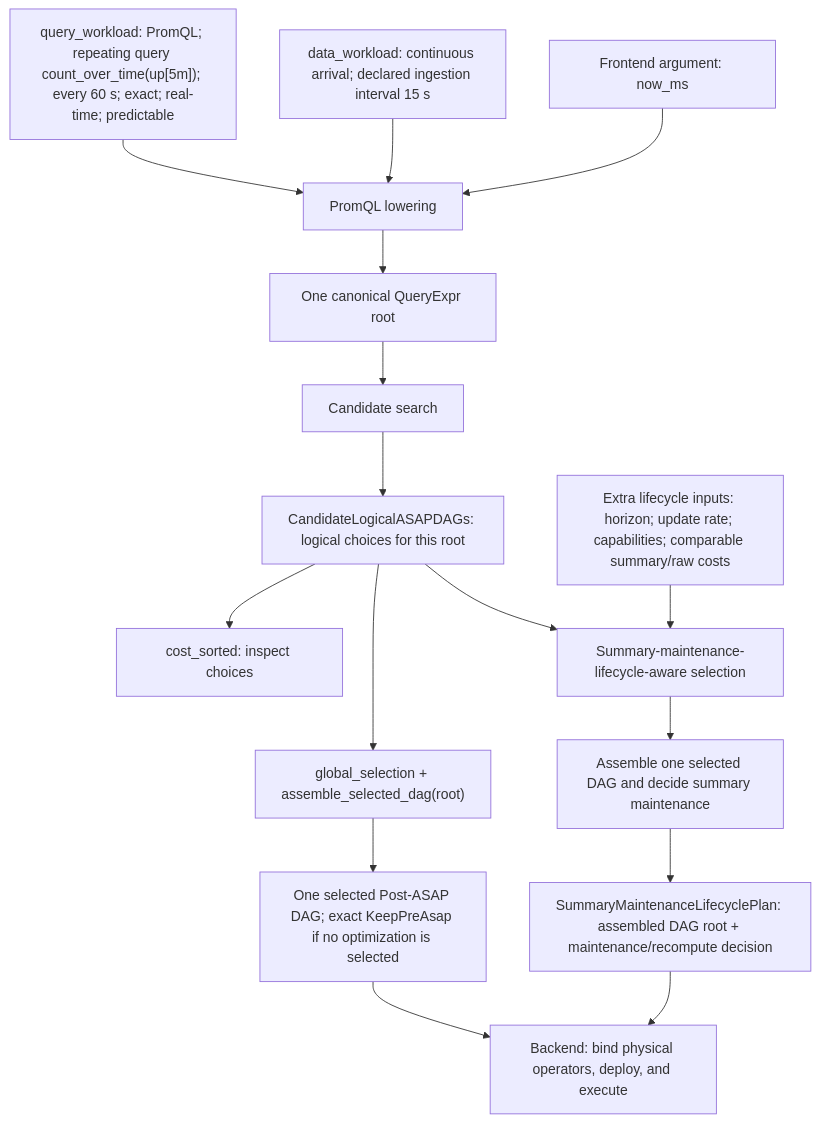
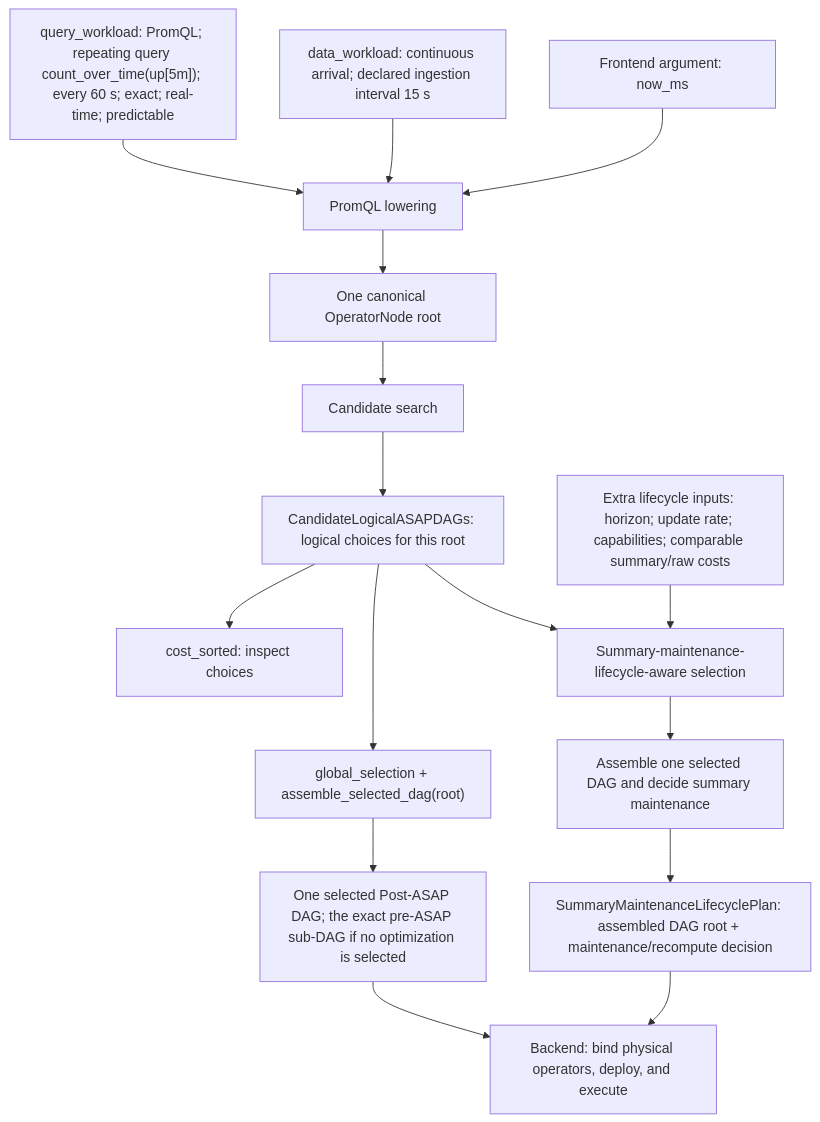
Before and after one commit to ProjectASAP/ASAPPlanner: the first of 2 diagrams in docs/design_docs/architecture/input-output-workflow.md, drawn with Mermaid. The commit also changed other lines of this file and 72 other files, not shown here.

````diff
--- a/docs/design_docs/architecture/input-output-workflow.md
+++ b/docs/design_docs/architecture/input-output-workflow.md
@@ -63,26 +63,26 @@
 ```mermaid
 flowchart TD
     Q["query_workload: PromQL; repeating query count_over_time(up[5m]); every 60 s; exact; real-time; predictable"]
     D["data_workload: continuous arrival; declared ingestion interval 15 s"]
     T["Frontend argument: now_ms"]
     F["PromQL lowering"]
-    R["One canonical QueryExpr root"]
+    R["One canonical OperatorNode root"]
     S["Candidate search"]
     P["CandidateLogicalASAPDAGs: logical choices for this root"]
     I["cost_sorted: inspect choices"]
     G["global_selection + assemble_selected_dag(root)"]
-    L["One selected Post-ASAP DAG; exact KeepPreAsap if no optimization is selected"]
+    L["One selected Post-ASAP DAG; the exact pre-ASAP sub-DAG if no optimization is selected"]
     X["Extra lifecycle inputs: horizon; update rate; capabilities; comparable summary/raw costs"]
     H["Summary-maintenance-lifecycle-aware selection"]
     HM["Assemble one selected DAG and decide summary maintenance"]
     O["SummaryMaintenanceLifecyclePlan: assembled DAG root + maintenance/recompute decision"]
     B["Backend: bind physical operators, deploy, and execute"]
     Q --> F
     D --> F
     T --> F
     F --> R --> S --> P
     P --> I
     P --> G --> L --> B
     P --> H
     X --> H --> HM --> O --> B
 ```
````
